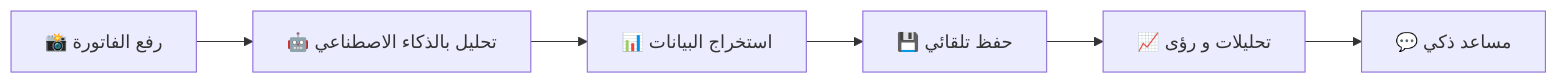
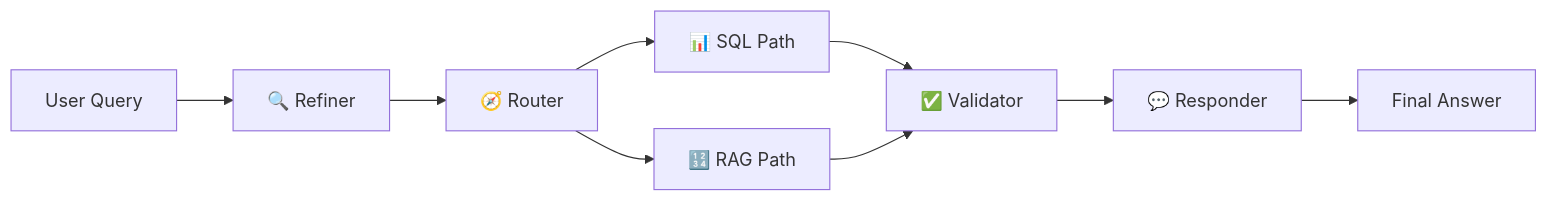
The second of 8 diagrams in Readme.md (AI-AugToOct/capstone-project-invoice-mangement-system), drawn with Mermaid before and after one commit. The commit also changed other lines of this file and 26 other files, not shown here.

````diff
--- a/Readme.md
+++ b/Readme.md
@@ -37,8 +164,11 @@
 ```mermaid
 graph LR
-    A[📸 رفع الفاتورة] --> B[🤖 تحليل بالذكاء الاصطناعي]
-    B --> C[📊 استخراج البيانات]
-    C --> D[💾 حفظ تلقائي]
-    D --> E[📈 تحليلات و رؤى]
-    E --> F[💬 مساعد ذكي]
+    A[User Query] --> B[🔍 Refiner]
+    B --> C[🧭 Router]
+    C --> D1[📊 SQL Path]
+    C --> D2[🔢 RAG Path]
+    D1 --> E[✅ Validator]
+    D2 --> E
+    E --> F[💬 Responder]
+    F --> G[Final Answer]
 ```
````
